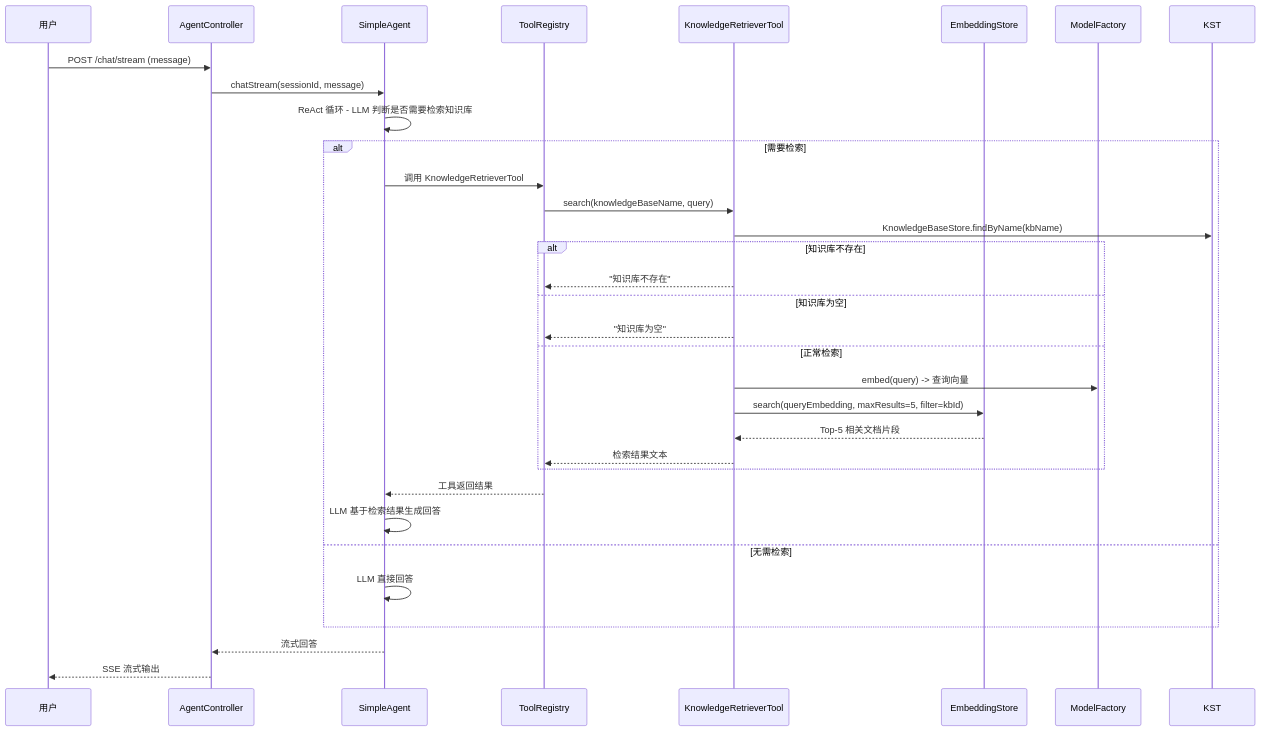
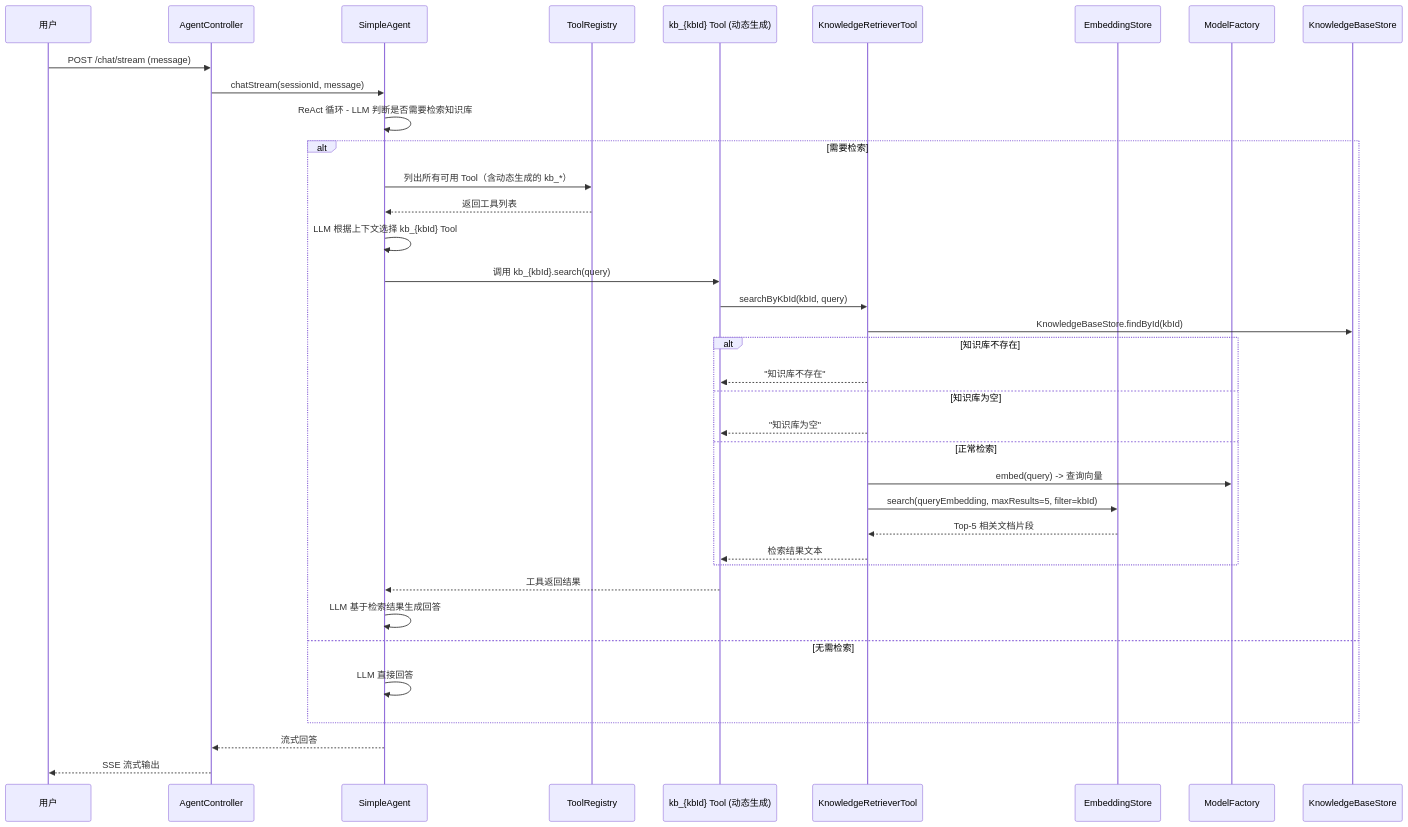
One commit to zxchengQQ/agent_demo changed the second of 2 diagrams in specs/features/2026-07-24/RAG知识库问答/RAG知识库问答_技术方案.md. Above: the diagram before and after it, drawn with Mermaid. The commit also changed other lines of this file and 114 other files, not shown here.

````diff
--- a/specs/features/2026-07-24/RAG知识库问答/RAG知识库问答_技术方案.md
+++ b/specs/features/2026-07-24/RAG知识库问答/RAG知识库问答_技术方案.md
@@ -91,35 +95,40 @@
 ```mermaid
 sequenceDiagram
     participant U as 用户
     participant AC as AgentController
     participant SA as SimpleAgent
     participant TR as ToolRegistry
+    participant KBT as kb_{kbId} Tool (动态生成)
     participant KRT as KnowledgeRetrieverTool
     participant ES as EmbeddingStore
     participant LLM as ModelFactory
+    participant KST as KnowledgeBaseStore
 
     U->>AC: POST /chat/stream (message)
     AC->>SA: chatStream(sessionId, message)
     SA->>SA: ReAct 循环 - LLM 判断是否需要检索知识库
     alt 需要检索
-        SA->>TR: 调用 KnowledgeRetrieverTool
-        TR->>KRT: search(knowledgeBaseName, query)
-        KRT->>KST: KnowledgeBaseStore.findByName(kbName)
+        SA->>TR: 列出所有可用 Tool（含动态生成的 kb_*）
+        TR-->>SA: 返回工具列表
+        SA->>SA: LLM 根据上下文选择 kb_{kbId} Tool
+        SA->>KBT: 调用 kb_{kbId}.search(query)
+        KBT->>KRT: searchByKbId(kbId, query)
+        KRT->>KST: KnowledgeBaseStore.findById(kbId)
         alt 知识库不存在
-            KRT-->>TR: "知识库不存在"
+            KRT-->>KBT: "知识库不存在"
         else 知识库为空
-            KRT-->>TR: "知识库为空"
+            KRT-->>KBT: "知识库为空"
         else 正常检索
             KRT->>LLM: embed(query) -> 查询向量
             KRT->>ES: search(queryEmbedding, maxResults=5, filter=kbId)
             ES-->>KRT: Top-5 相关文档片段
-            KRT-->>TR: 检索结果文本
+            KRT-->>KBT: 检索结果文本
         end
-        TR-->>SA: 工具返回结果
+        KBT-->>SA: 工具返回结果
         SA->>SA: LLM 基于检索结果生成回答
     else 无需检索
         SA->>SA: LLM 直接回答
     end
     SA-->>AC: 流式回答
     AC-->>U: SSE 流式输出
 ```
````
